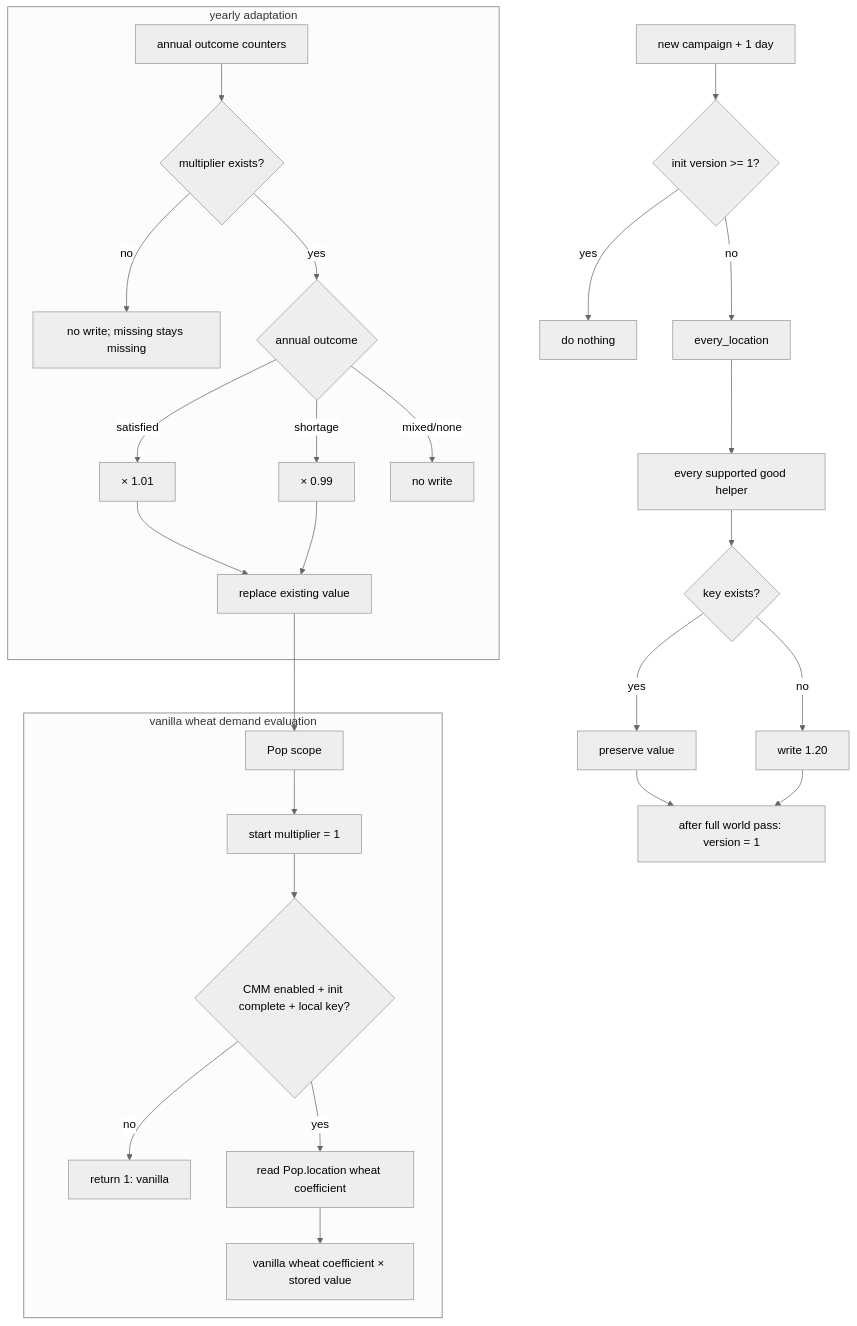
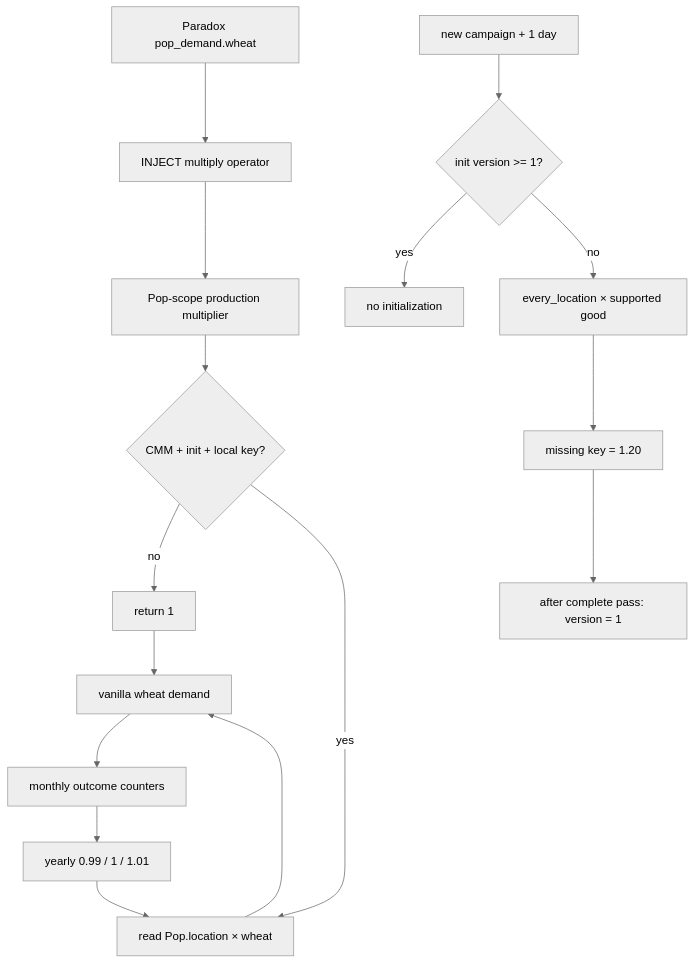
Before and after one commit to eu5mod/eu5-no-void-economy: the diagram in docs/audits/pr69/Q5_flux_logique_global.v2.md, drawn with Mermaid (neutral theme). The commit also changed other lines of this file, not shown here.

Commit message:
docs(pr69): replace vanilla regeneration with injection-first flow

````diff
--- a/docs/audits/pr69/Q5_flux_logique_global.v2.md
+++ b/docs/audits/pr69/Q5_flux_logique_global.v2.md
@@ -355,32 +318,20 @@
 ```mermaid
 flowchart TB
-    START["new campaign + 1 day"] --> GATE{"init version >= 1?"}
-    GATE -->|yes| KEEP["do nothing"]
-    GATE -->|no| LOCS["every_location"]
-    LOCS --> GOODS["every supported good helper"]
-    GOODS --> EXISTS{"key exists?"}
-    EXISTS -->|yes| PRESERVE["preserve value"]
-    EXISTS -->|no| SEED["write 1.20"]
-    PRESERVE --> VERSION["after full world pass: version = 1"]
-    SEED --> VERSION
+    PDX["Paradox pop_demand.wheat"] --> INJECT["INJECT multiply operator"]
+    INJECT --> POP["Pop-scope production multiplier"]
+    POP --> READY{"CMM + init + local key?"}
+    READY -->|no| VANILLA["return 1"]
+    READY -->|yes| LOCAL["read Pop.location × wheat"]
+    VANILLA --> DEMAND["vanilla wheat demand"]
+    LOCAL --> DEMAND
 
-    subgraph LIVE["vanilla wheat demand evaluation"]
-        POP["Pop scope"] --> SAFE["start multiplier = 1"]
-        SAFE --> READY{"CMM enabled + init complete + local key?"}
-        READY -->|no| VANILLA["return 1: vanilla"]
-        READY -->|yes| READ["read Pop.location wheat coefficient"]
-        READ --> APPLY["vanilla wheat coefficient × stored value"]
-    end
+    START["new campaign + 1 day"] --> VERSION{"init version >= 1?"}
+    VERSION -->|yes| KEEP["no initialization"]
+    VERSION -->|no| LOCATIONS["every_location × supported good"]
+    LOCATIONS --> SEED["missing key = 1.20"]
+    SEED --> SAVE["after complete pass: version = 1"]
 
-    subgraph YEARLY["yearly adaptation"]
-        COUNTERS["annual outcome counters"] --> RECORD{"multiplier exists?"}
-        RECORD -->|no| NOWRITE["no write; missing stays missing"]
-        RECORD -->|yes| CASE{"annual outcome"}
-        CASE -->|satisfied| UP["× 1.01"]
-        CASE -->|shortage| DOWN["× 0.99"]
-        CASE -->|mixed/none| SAME["no write"]
-        UP --> STORED["replace existing value"]
-        DOWN --> STORED
-        STORED --> POP
-    end
+    DEMAND --> OUTCOME["monthly outcome counters"]
+    OUTCOME --> YEAR["yearly 0.99 / 1 / 1.01"]
+    YEAR --> LOCAL
 ```
````
